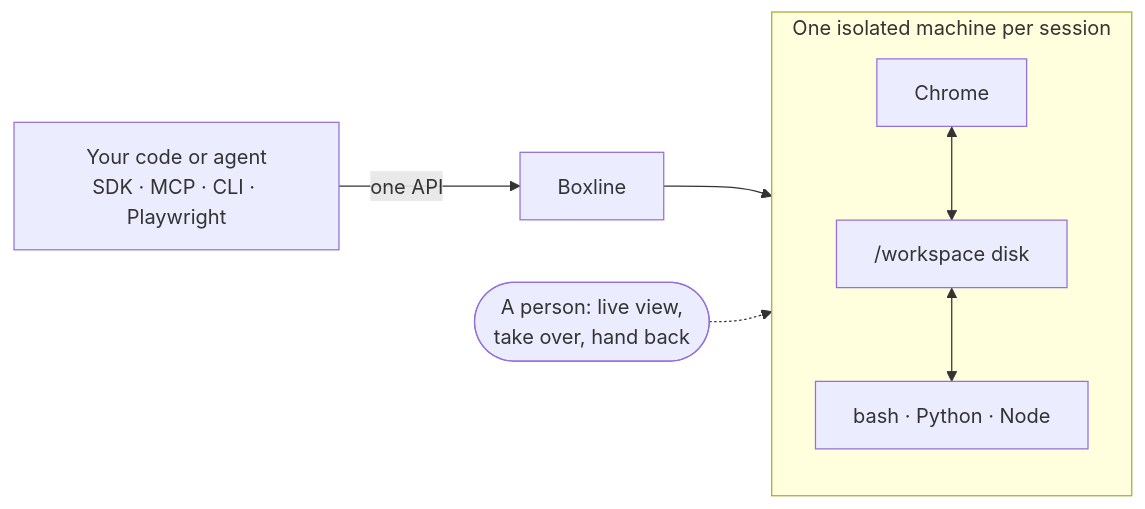
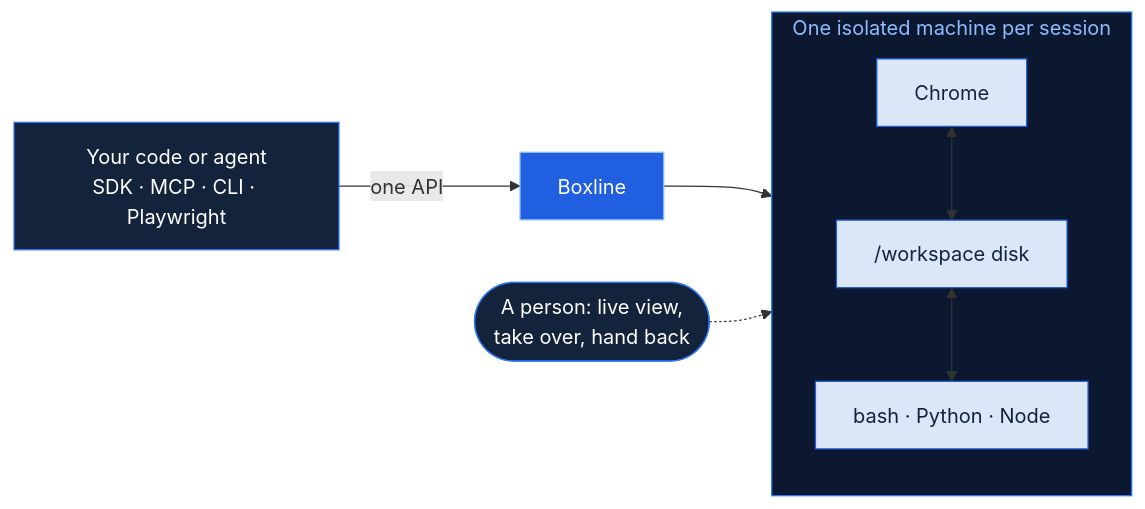
Before and after one commit to Boxline-dev/.github: the diagram in profile/README.md, drawn with Mermaid.

Commit message:
Organization README: the diagram in the brand colours

````diff
--- a/profile/README.md
+++ b/profile/README.md
@@ -22,9 +22,16 @@
 ```mermaid
 flowchart LR
   you["Your code or agent<br/>SDK · MCP · CLI · Playwright"] -->|one API| api["Boxline"]
   api --> box
   subgraph box["One isolated machine per session"]
     chrome["Chrome"] <--> disk["/workspace disk"] <--> shell["bash · Python · Node"]
   end
   person(["A person: live view,<br/>take over, hand back"]) -.-> box
+  classDef blue fill:#1f5fe0,stroke:#8fbcff,color:#ffffff
+  classDef navy fill:#13233b,stroke:#2f7bff,color:#ffffff
+  classDef soft fill:#dbe6f7,stroke:#1f5fe0,color:#13233b
+  class api blue
+  class you,person navy
+  class chrome,disk,shell soft
+  style box fill:#0b1830,stroke:#2f7bff,color:#8fbcff
 ```
````
